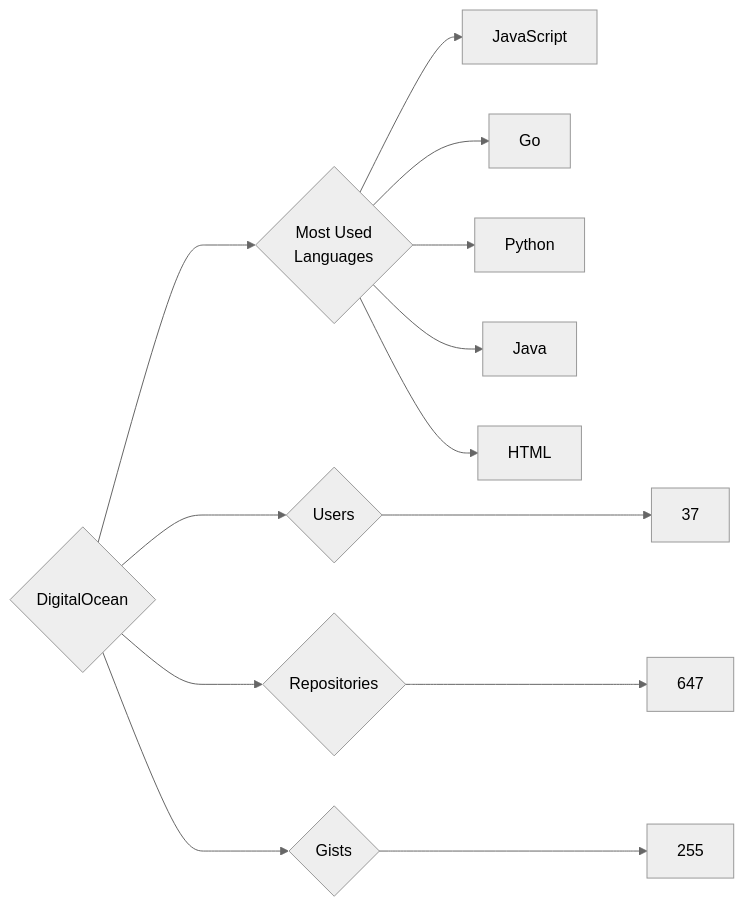
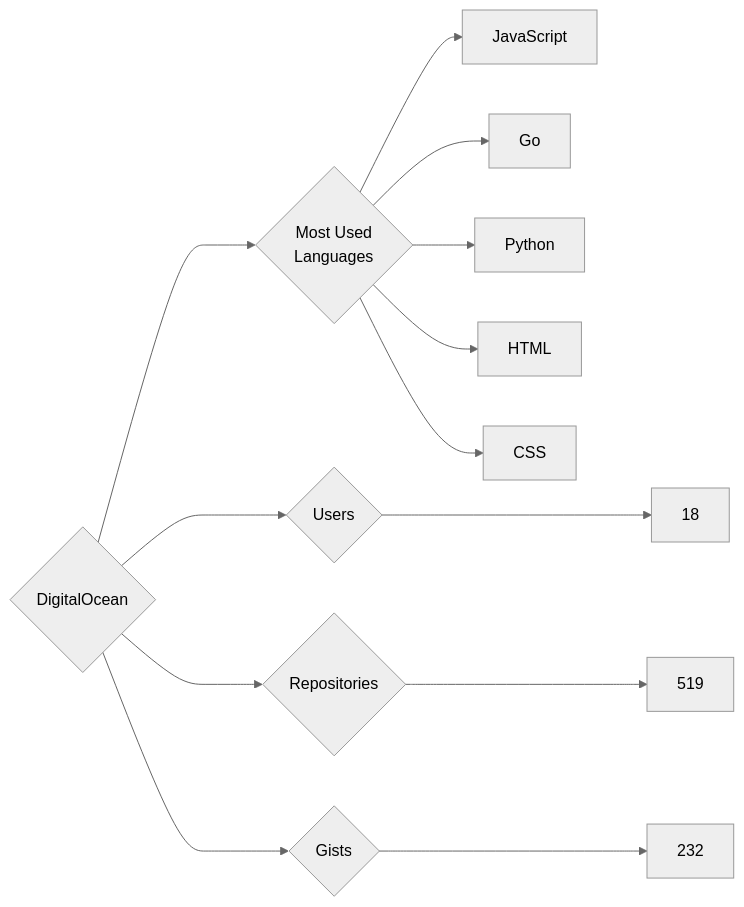
Before and after one commit to trickest/insiders: the diagram in targets/DigitalOcean/README.md, drawn with Mermaid (neutral theme). The commit also changed 610 other files, not shown here.

````diff
--- a/targets/DigitalOcean/README.md
+++ b/targets/DigitalOcean/README.md
@@ -3,13 +3,13 @@
 ```mermaid
 graph LR
 COMPANY_NAME{DigitalOcean}
-COMPANY_NAME ---> U{Users} ---> UN[37]
-COMPANY_NAME ---> R{Repositories} ---> RN[647]
-COMPANY_NAME ---> G{Gists} ---> GN[255]
+COMPANY_NAME ---> U{Users} ---> UN[18]
+COMPANY_NAME ---> R{Repositories} ---> RN[519]
+COMPANY_NAME ---> G{Gists} ---> GN[232]
 COMPANY_NAME ---> ML{Most Used<br>Languages}
 ML --> JavaScript[JavaScript]
 ML --> Go[Go]
 ML --> Python[Python]
-ML --> Java[Java]
 ML --> HTML[HTML]
+ML --> CSS[CSS]
 ```
````
